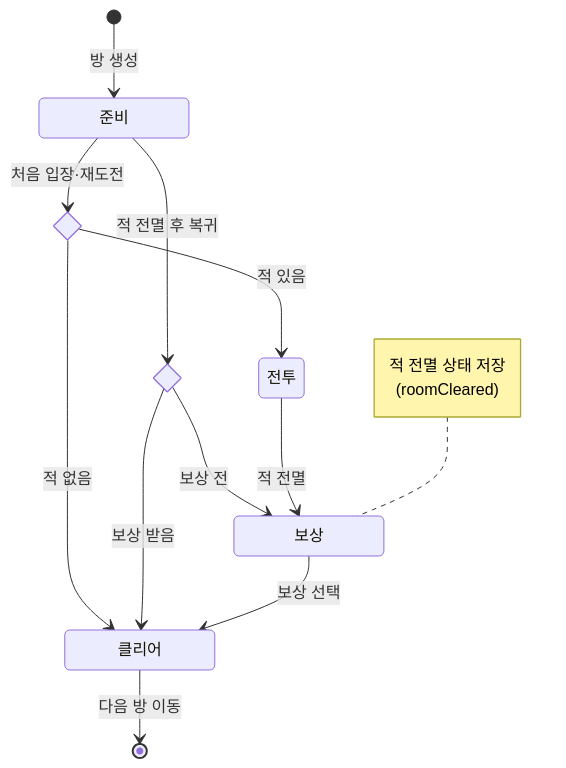
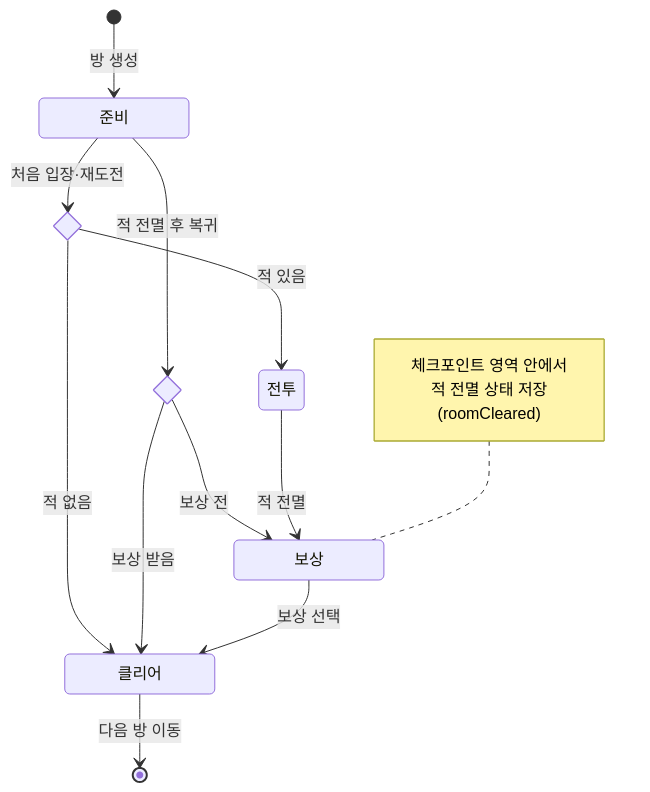
Before and after one commit to keeeery/portfolio: the tenth of 10 diagrams in src/3-Arcanist/TechDoc_Arcanist.md, drawn with Mermaid. The commit also changed other lines of this file and 12 other files, not shown here.

````diff
--- a/src/3-Arcanist/TechDoc_Arcanist.md
+++ b/src/3-Arcanist/TechDoc_Arcanist.md
@@ -803,31 +804,31 @@
 ```mermaid
 %%{init: {"state": {"rankSpacing": 48, "nodeSpacing": 56}}}%%
 stateDiagram-v2
     direction TB
     state "<div style=width:134px>준비</div>" as Ready
     state ChkEnemy <<choice>>
     state ChkReward <<choice>>
     state "전투" as Combat
     state "<div style=width:134px>보상</div>" as Reward
     state "<div style=width:134px>클리어</div>" as Cleared
     [*] --> Ready: 방 생성
     Ready --> ChkEnemy: 처음 입장·재도전
     Ready --> ChkReward: 적 전멸 후 복귀
     ChkEnemy --> Combat: 적 있음
     ChkEnemy --> Cleared: 적 없음
     ChkReward --> Reward: 보상 전
     ChkReward --> Cleared: 보상 받음
     Combat --> Reward: 적 전멸
     Reward --> Cleared: 보상 선택
     Cleared --> [*]: 다음 방 이동
     note left of Reward
-        적 전멸 상태 저장
-        (roomCleared)
+        체크포인트 영역 안에서
+        적 전멸 상태 저장(roomCleared)
     end note
 %% 격자: - root_start root_start | - Ready Ready | - ChkEnemy ChkReward | - Combat - | Reward----note Reward Reward | - Cleared Cleared | - root_end root_end
 %% 격자 열 간격: 80
 %% 화살표 ChkEnemy -> Cleared: 나감=왼쪽 들어감=왼쪽
 %% 화살표 ChkReward -> Cleared: 나감=오른쪽 들어감=오른쪽
 %% 선 메모 왼쪽: Combat -> Reward: 적 전멸 상태 전환<br>(roomCleared)
 %% 선 메모: Reward -> Cleared: 보상 획득 여부 저장<br>(rewardObtained)
 ```
````
